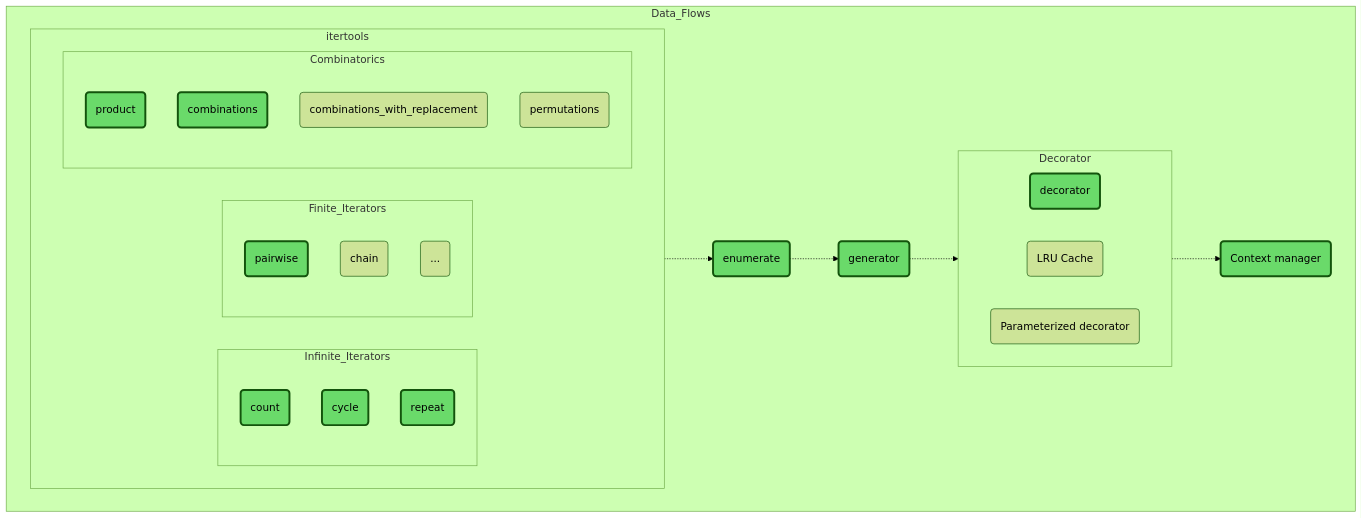
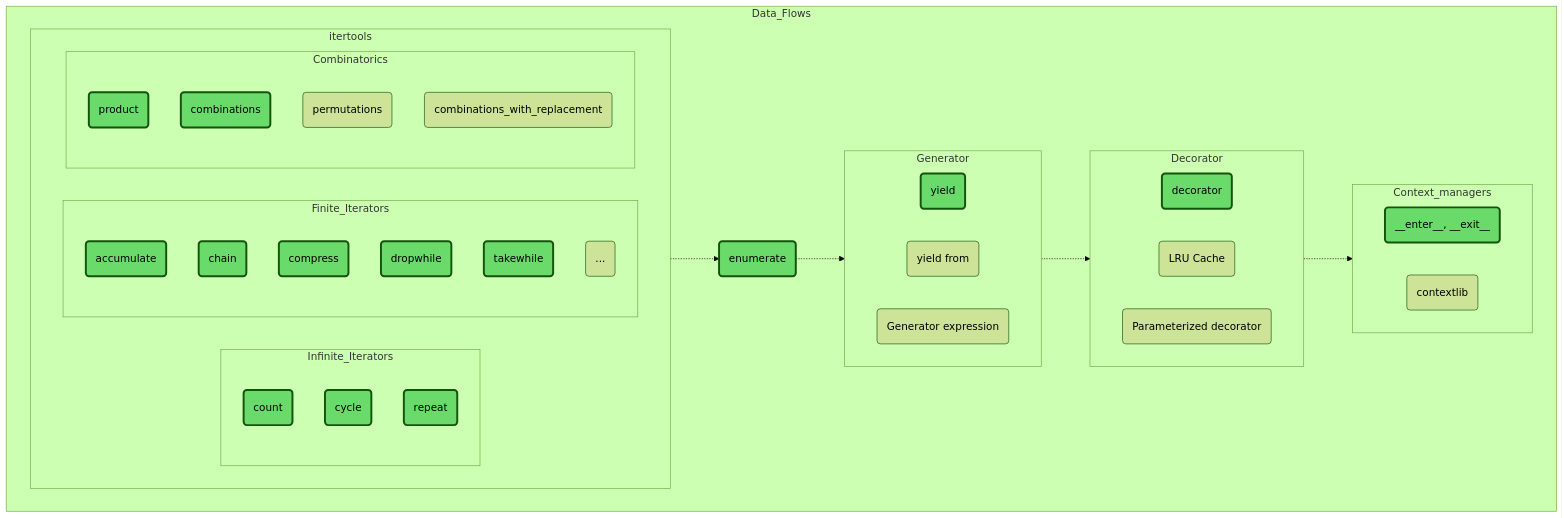
The diagram in 03_Data_Flows.md (amaargiru/pyroad), drawn with Mermaid (forest theme) before and after one commit. The commit also changed 3 other files, not shown here.

Commit message:
Update 'Data flows' section

````diff
--- a/03_Data_Flows.md
+++ b/03_Data_Flows.md
@@ -5,9 +5,10 @@
 ```mermaid
 flowchart TD
+
 subgraph Data_Flows
 direction LR
 
-itertools -.-> enumerate -.-> generator -.-> Decorator -.-> context
+itertools -.-> enumerate -.-> Generator -.-> Decorator -.-> Context_managers
 
 subgraph itertools
 direction LR
@@ -19,21 +20,30 @@
 end
 
 subgraph Finite_Iterators
-pairwise(pairwise)
+accumulate(accumulate)
 chain(chain)
+compress(compress)
+dropwhile(dropwhile)
+takewhile(takewhile)
 fimore(...)
 end
 
 subgraph Combinatorics
 product(product)
 combinations(combinations)
+permutations(permutations)
 combinations_with_replacement(combinations_with_replacement)
-permutations(permutations)
 end
 end
 
 enumerate(enumerate)
-generator(generator)
+
+subgraph Generator
+direction LR
+yield("yield")
+yield_from("yield from")
+Generator_expression("Generator expression")
+end
 
 subgraph Decorator
 direction LR
@@ -42,7 +52,11 @@
 param_decorator("Parameterized decorator")
 end
 
-context("Context manager")
+subgraph Context_managers
+direction LR
+enter_exit_cm("__enter__, __exit__")
+contextlib(contextlib)
+end
 
 end
 
@@ -79,13 +93,12 @@
 class icount trainee;
 class icycle trainee;
 class irepeat trainee;
-class pairwise trainee;
 class product trainee;
 class combinations trainee;
 class enumerate trainee;
-class generator trainee;
+class yield trainee;
 class decorator trainee;
-class context trainee;
+class enter_exit_cm trainee;
 class oopBase1 trainee;
 class oop_property trainee;
 class staticmethod trainee;
@@ -111,6 +124,8 @@
 class exception_raising trainee;
 class create_task trainee;
 class gather trainee;
+class sleep trainee;
+class run trainee;
 class wait_for trainee;
 class asQueue trainee;
 class Lock trainee;
@@ -118,10 +133,9 @@
 class variables trainee;
 class Thread trainee;
 class Pool trainee;
-class Logging trainee;
 class Stopwatch trainee;
 class timeit trainee;
-class Random trainee;
+class random_mod trainee;
 class input trainee;
 class Command_Line_Arguments trainee;
 class simple_print trainee;
@@ -153,7 +167,13 @@
 class INSERT trainee;
 class UPDATE trainee;
 class DELETE trainee;
-class SQLite trainee;
+class PRIMARY_KEY trainee;
+class FOREIGN_KEY trainee;
+class FROM trainee;
+class WHERE trainee;
+class SET trainee;
+class SQLite_benefits trainee;
+class Syntax_Diagrams trainee;
 class Flask trainee;
 class Consistency trainee;
 class HTTPS trainee;
@@ -175,26 +195,53 @@
 class Abstraction trainee;
 class trunk_based_development trainee;
 class aiohttp trainee;
+class StreamHandler trainee;
+class Observer trainee;
+class Decorator_Method trainee;
+class Factory_Method trainee;
+class Adapter_Facade trainee;
+class CQRS trainee;
+class Decentralization trainee;
+class Smart_endpoints_dumb_pipes trainee;
+class Basics trainee;
+class GitHub trainee;
+class Install trainee;
+class Directory_Structure trainee;
+class Terminal trainee;
+class accumulate trainee;
+class chain trainee;
+class compress trainee;
+class dropwhile trainee;
+class takewhile trainee;
 
+class bash middle;
+class System_administration middle;
+class Network_administration middle;
 class NoSQL middle;
 class Functional middle;
 class RabbitMQ middle;
 class Scrum middle;
 class Apache_Kafka middle;
-class git middle;
-class Linux middle;
 class Docker middle;
 class methmore middle;
 class PostgreSQL_more middle;
 class SQLAlchemy middle;
+class Django_ORM middle;
 class Django middle;
 class FastAPI middle;
-class ORM boldmiddleed;
+class SQL_standard middle;
+class Analyze_an_execution_plan middle;
 class TensorFlow middle;
 class Keras middle;
 class cryptomore middle;
 class Jenkins middle;
 class Kubernetes middle;
+class Creational_patterns middle;
+class Structural_patterns middle;
+class Behavioral_patterns middle;
 class Architectural_Patterns middle;
-
+class ELK_Stack middle;
+class Pattern_of_Distributed_Systems middle;
+class Cloud_Design_Patterns middle;
+class New_Relic middle;
 ```
````
